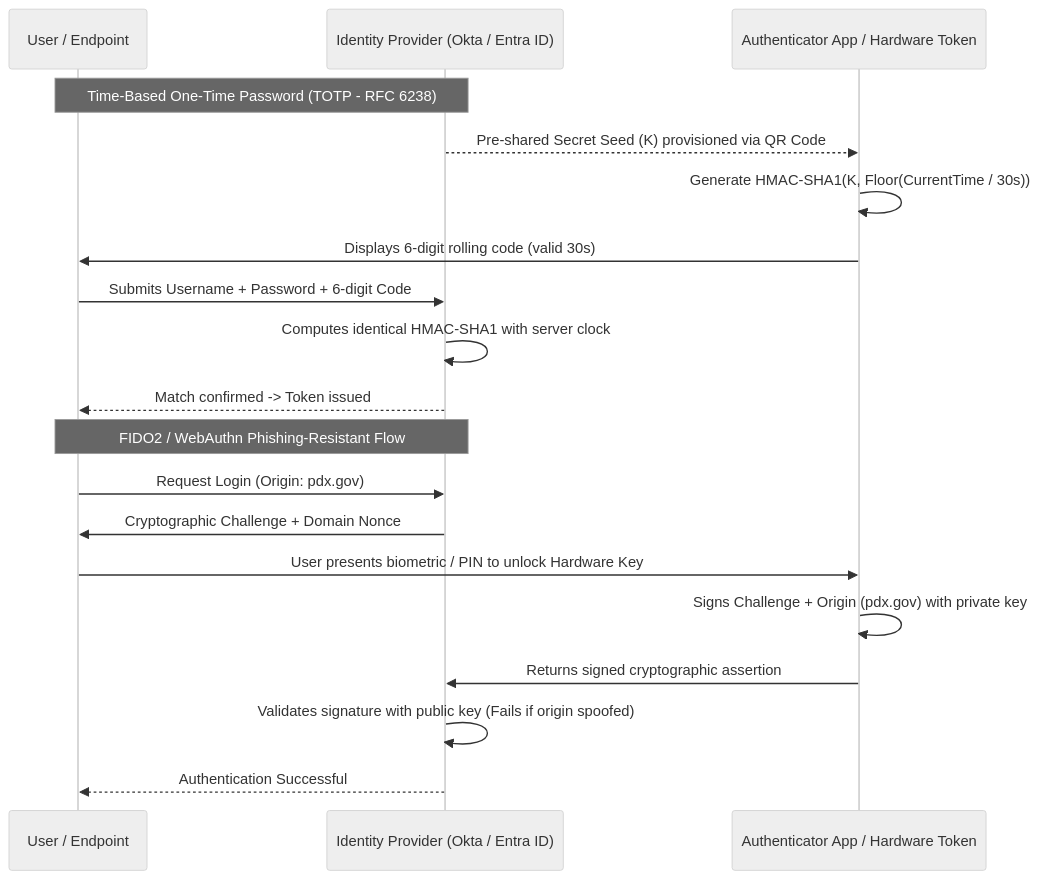
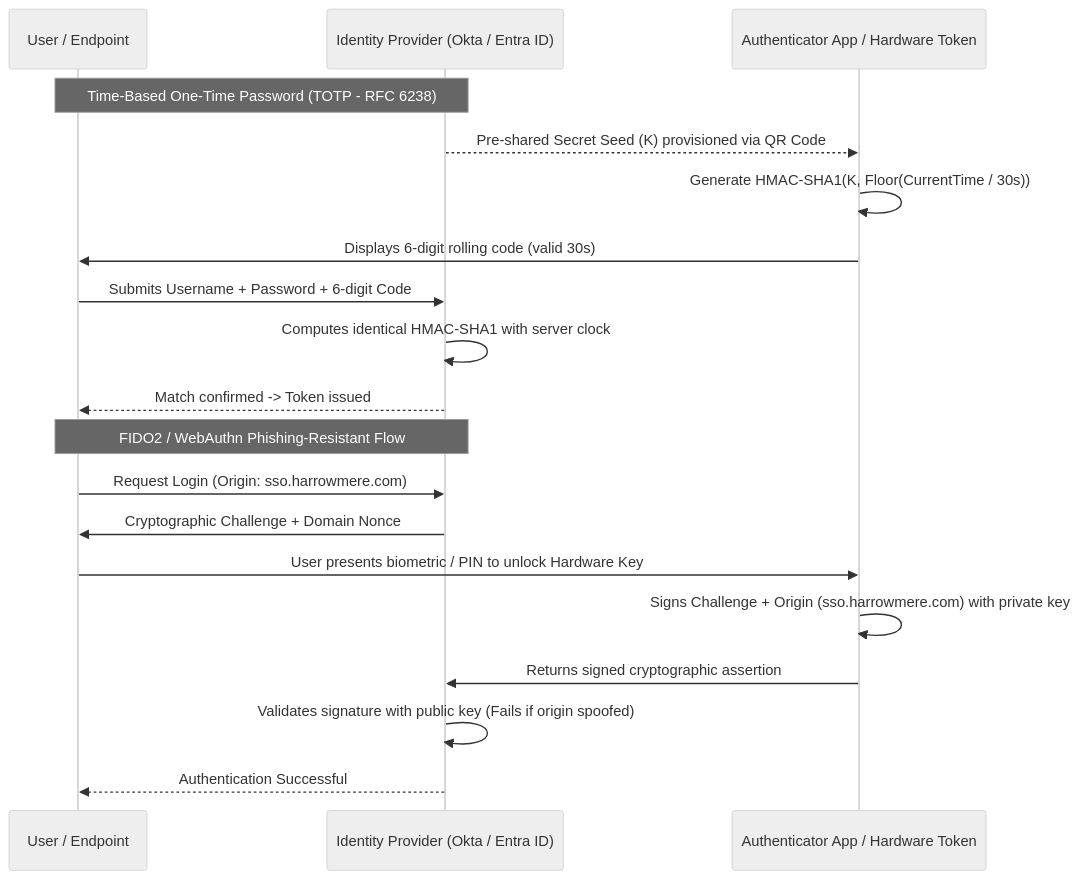
Before and after one commit to cwarloe/learning-narrative-kit: the second of 3 diagrams in docs/portland-desk/workbench/08-prove-who-you-are.md, drawn with Mermaid (neutral theme). The commit also changed other lines of this file and 94 other files, not shown here.

````diff
--- a/docs/portland-desk/workbench/08-prove-who-you-are.md
+++ b/docs/portland-desk/workbench/08-prove-who-you-are.md
@@ -109,23 +109,23 @@
 ```mermaid
 sequenceDiagram
     participant User as User / Endpoint
     participant IdP as Identity Provider (Okta / Entra ID)
     participant AuthApp as Authenticator App / Hardware Token
 
     Note over User,IdP: Time-Based One-Time Password (TOTP - RFC 6238)
     IdP-->>AuthApp: Pre-shared Secret Seed (K) provisioned via QR Code
     AuthApp->>AuthApp: Generate HMAC-SHA1(K, Floor(CurrentTime / 30s))
     AuthApp->>User: Displays 6-digit rolling code (valid 30s)
     User->>IdP: Submits Username + Password + 6-digit Code
     IdP->>IdP: Computes identical HMAC-SHA1 with server clock
     IdP-->>User: Match confirmed -> Token issued
 
     Note over User,IdP: FIDO2 / WebAuthn Phishing-Resistant Flow
-    User->>IdP: Request Login (Origin: pdx.gov)
+    User->>IdP: Request Login (Origin: sso.harrowmere.com)
     IdP->>User: Cryptographic Challenge + Domain Nonce
     User->>AuthApp: User presents biometric / PIN to unlock Hardware Key
-    AuthApp->>AuthApp: Signs Challenge + Origin (pdx.gov) with private key
+    AuthApp->>AuthApp: Signs Challenge + Origin (sso.harrowmere.com) with private key
     AuthApp->>IdP: Returns signed cryptographic assertion
     IdP->>IdP: Validates signature with public key (Fails if origin spoofed)
     IdP-->>User: Authentication Successful
 ```
````
